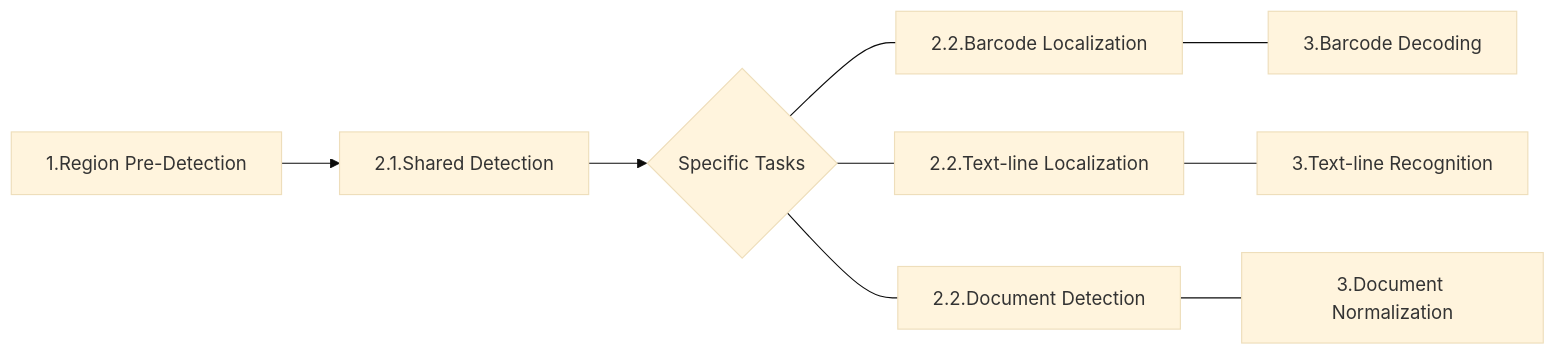
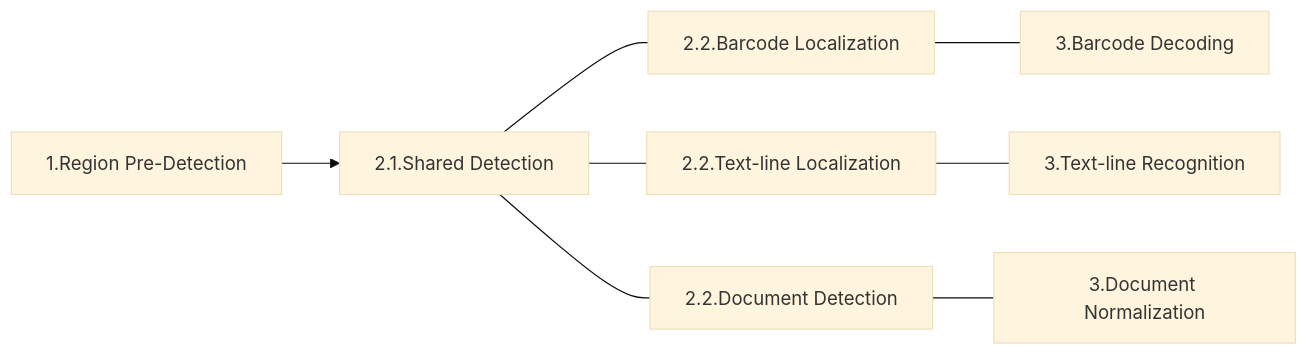
Before and after one commit to dynamsoft-docs/capture-vision-docs: the diagram in architecture/image-processing/index.md, drawn with Mermaid (base theme).

Commit message:
modify mermaid diagram

````diff
--- a/architecture/image-processing/index.md
+++ b/architecture/image-processing/index.md
@@ -77,11 +77,10 @@
 ```mermaid
 flowchart LR;
-     A[1.Region Pre-Detection]-->B[2.1.Shared Detection]
-     B-->C{Specific Tasks}
+     A[1.Region Pre-Detection]-->C[2.1.Shared Detection]
      C---D[2.2.Barcode Localization]
      C---E[2.2.Text-line Localization]
      C---F[2.2.Document Detection]
      D---G[3.Barcode Decoding]
      E---H[3.Text-line Recognition]
      F---I[3.Document Normalization]
 ```
````
